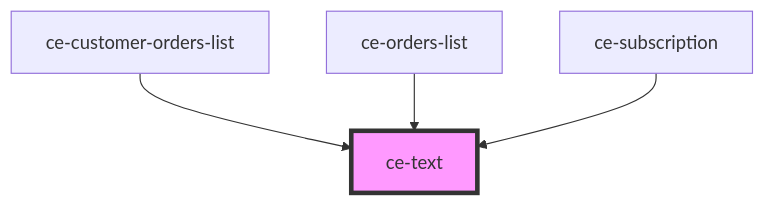
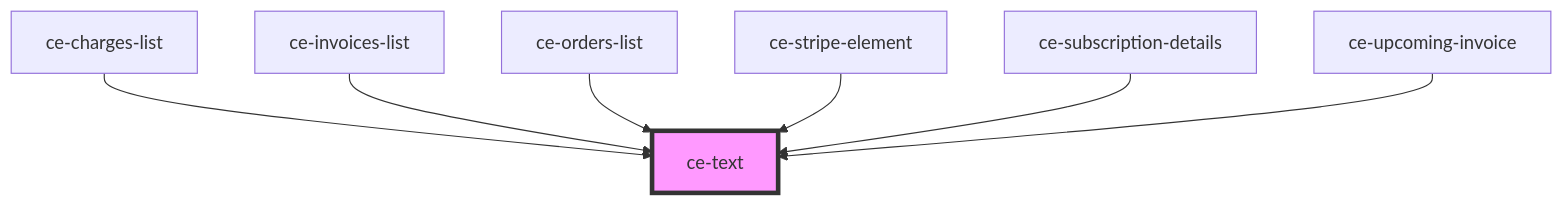
The diagram in packages/components/src/components/ui/text/readme.md (surecart/surecart-wp-plugin), drawn with Mermaid before and after one commit. The commit also changed other lines of this file and 118 other files, not shown here.

````diff
--- a/packages/components/src/components/ui/text/readme.md
+++ b/packages/components/src/components/ui/text/readme.md
@@ -25,7 +28,10 @@
 ```mermaid
 graph TD;
-  ce-customer-orders-list --> ce-text
+  ce-charges-list --> ce-text
+  ce-invoices-list --> ce-text
   ce-orders-list --> ce-text
-  ce-subscription --> ce-text
+  ce-stripe-element --> ce-text
+  ce-subscription-details --> ce-text
+  ce-upcoming-invoice --> ce-text
   style ce-text fill:#f9f,stroke:#333,stroke-width:4px
 ```
````
